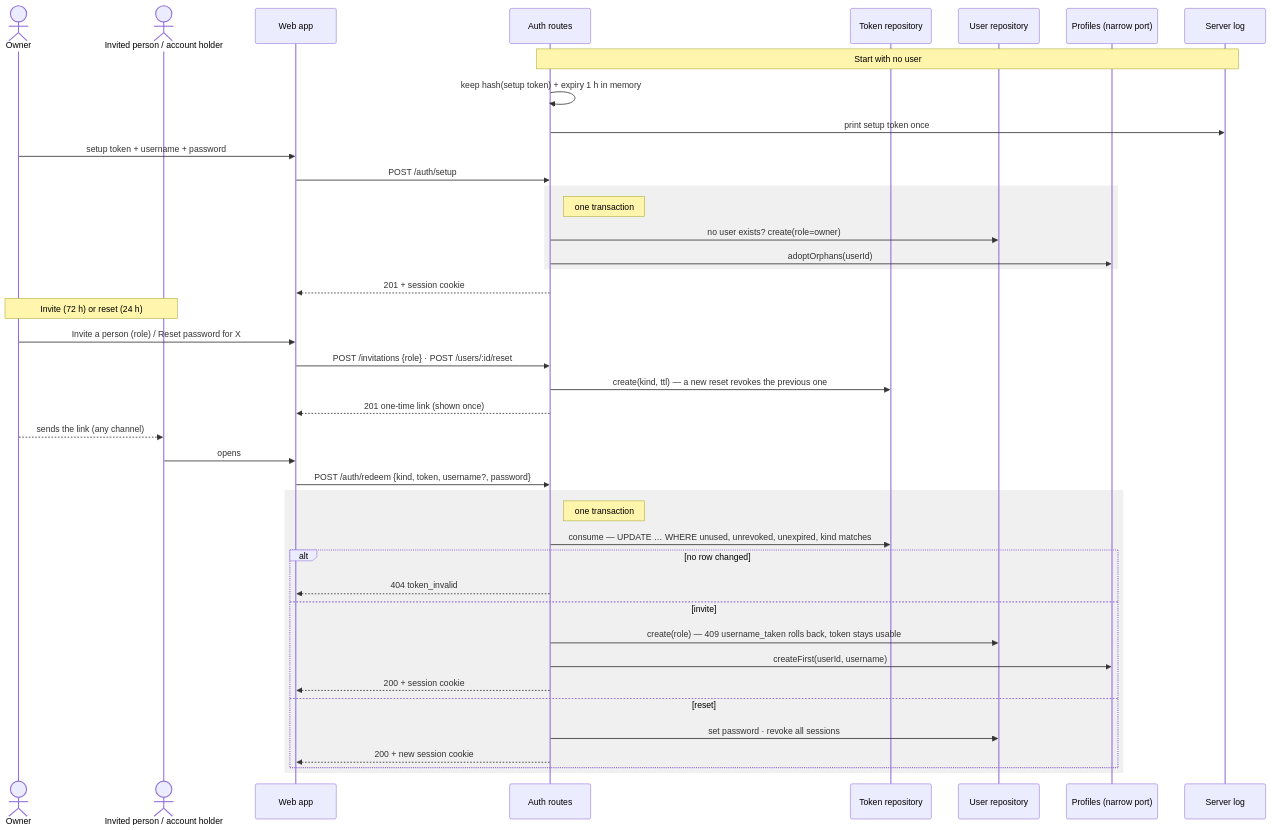
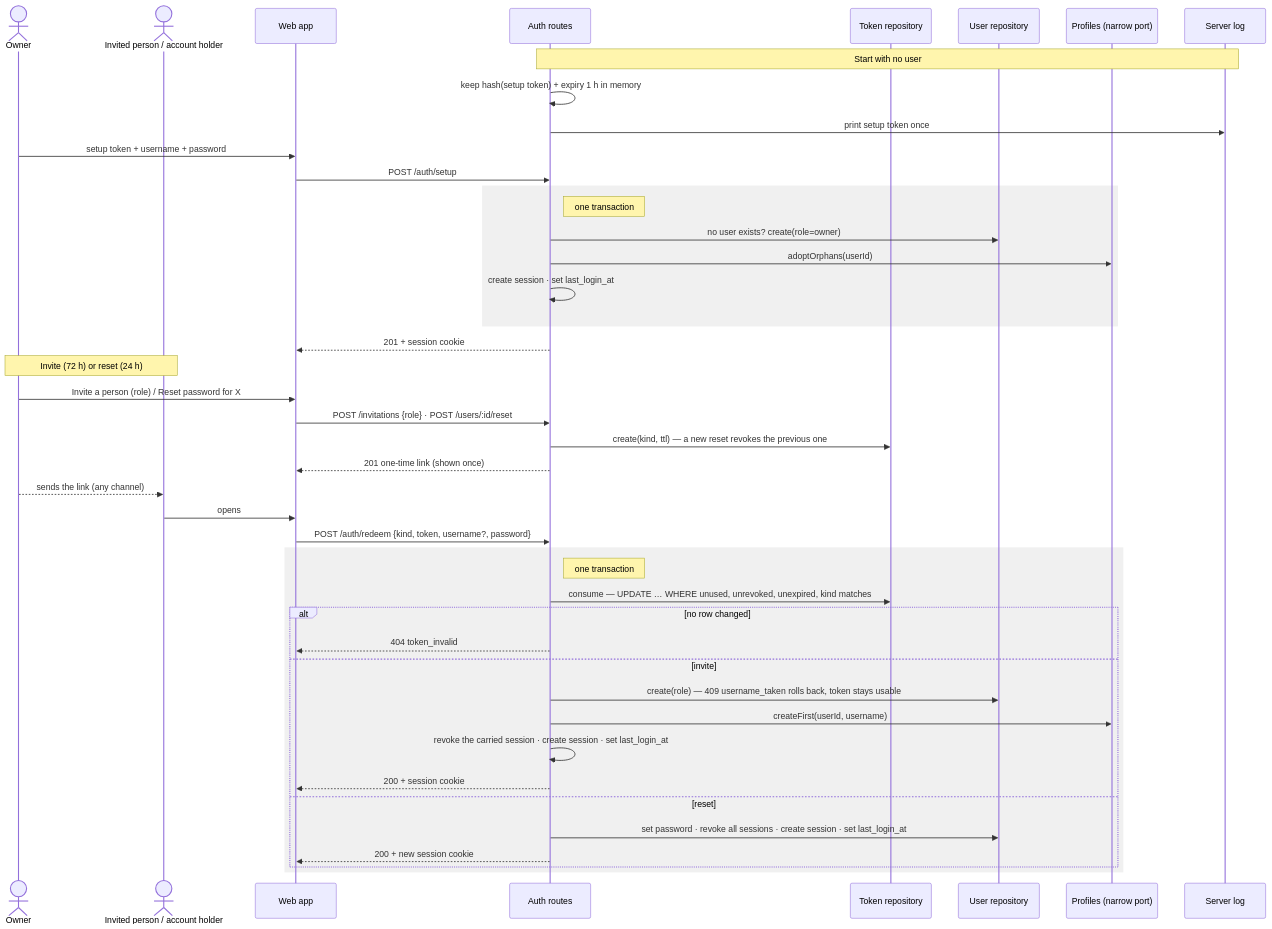
One commit to benoit-bremaud/popcorntv changed the diagram in docs/architecture/diagrams/auth/02-sequence-invite-and-accept.md. Above: the diagram before and after it, drawn with Mermaid. The commit also changed 4 other files, not shown here.

````diff
--- a/docs/architecture/diagrams/auth/02-sequence-invite-and-accept.md
+++ b/docs/architecture/diagrams/auth/02-sequence-invite-and-accept.md
@@ -15,46 +15,48 @@
 ```mermaid
 sequenceDiagram
   actor O as Owner
   actor G as Invited person / account holder
   participant W as Web app
   participant API as Auth routes
   participant TR as Token repository
   participant UR as User repository
   participant PR as Profiles (narrow port)
   participant SV as Server log
 
   Note over API,SV: Start with no user
   API->>API: keep hash(setup token) + expiry 1 h in memory
   API->>SV: print setup token once
   O->>W: setup token + username + password
   W->>API: POST /auth/setup
   rect rgb(240, 240, 240)
     Note right of API: one transaction
     API->>UR: no user exists? create(role=owner)
     API->>PR: adoptOrphans(userId)
+    API->>API: create session · set last_login_at
   end
   API-->>W: 201 + session cookie
 
   Note over O,G: Invite (72 h) or reset (24 h)
   O->>W: Invite a person (role) / Reset password for X
   W->>API: POST /invitations {role} · POST /users/:id/reset
   API->>TR: create(kind, ttl) — a new reset revokes the previous one
   API-->>W: 201 one-time link (shown once)
   O-->>G: sends the link (any channel)
   G->>W: opens #/invite/<token> or #/reset/<token>
   W->>API: POST /auth/redeem {kind, token, username?, password}
   rect rgb(240, 240, 240)
     Note right of API: one transaction
     API->>TR: consume — UPDATE … WHERE unused, unrevoked, unexpired, kind matches
     alt no row changed
       API-->>W: 404 token_invalid
     else invite
       API->>UR: create(role) — 409 username_taken rolls back, token stays usable
       API->>PR: createFirst(userId, username)
+      API->>API: revoke the carried session · create session · set last_login_at
       API-->>W: 200 + session cookie
     else reset
-      API->>UR: set password · revoke all sessions
+      API->>UR: set password · revoke all sessions · create session · set last_login_at
       API-->>W: 200 + new session cookie
     end
   end
 ```
````
